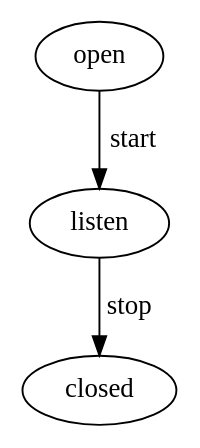
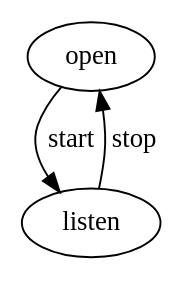
One commit to 4406arthur/bello changed the diagram in doc/mrcpConnFSM.dot. Above: the diagram before and after it, drawn with Graphviz. The commit also changed 2 other files, not shown here.

```diff
--- a/doc/mrcpConnFSM.dot
+++ b/doc/mrcpConnFSM.dot
@@ -1,8 +1,7 @@
 digraph fsm {
     "open" -> "listen" [ label = "start" ];
-    "listen" -> "closed" [ label = "stop" ];
+    "listen" -> "open" [ label = "stop" ];
 
     "open";
     "listen";
-    "closed";
 }
```
